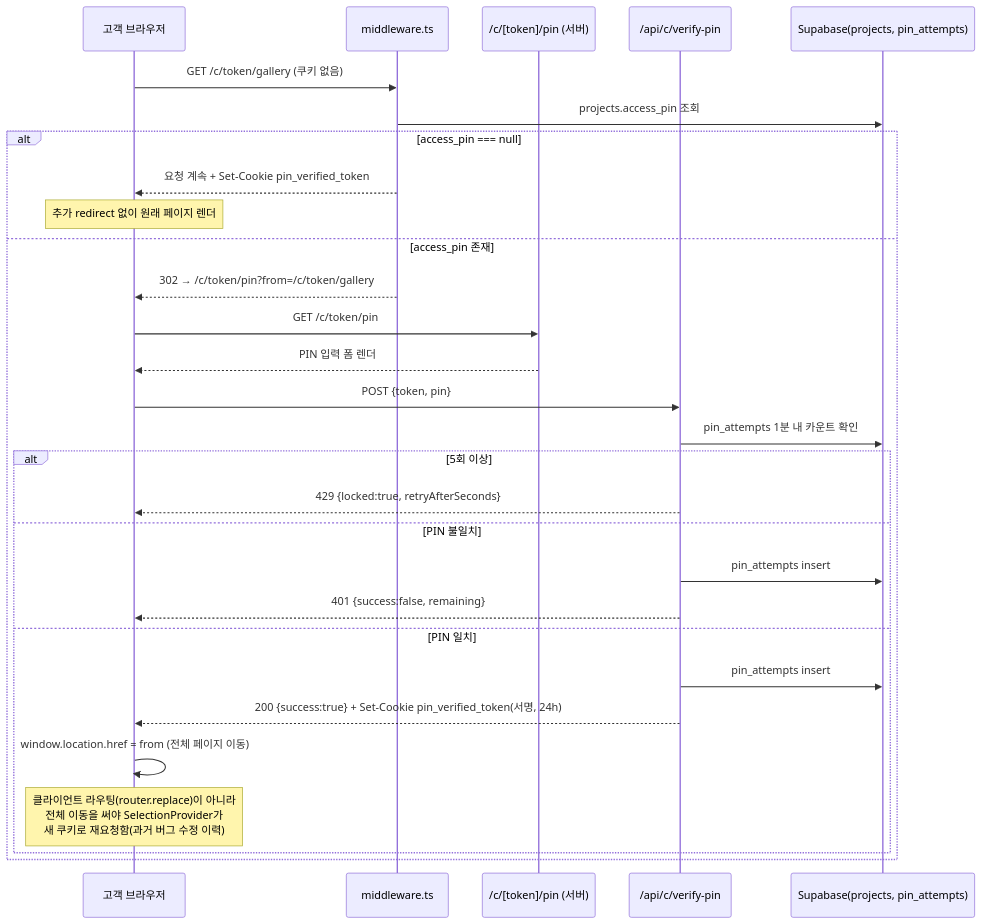
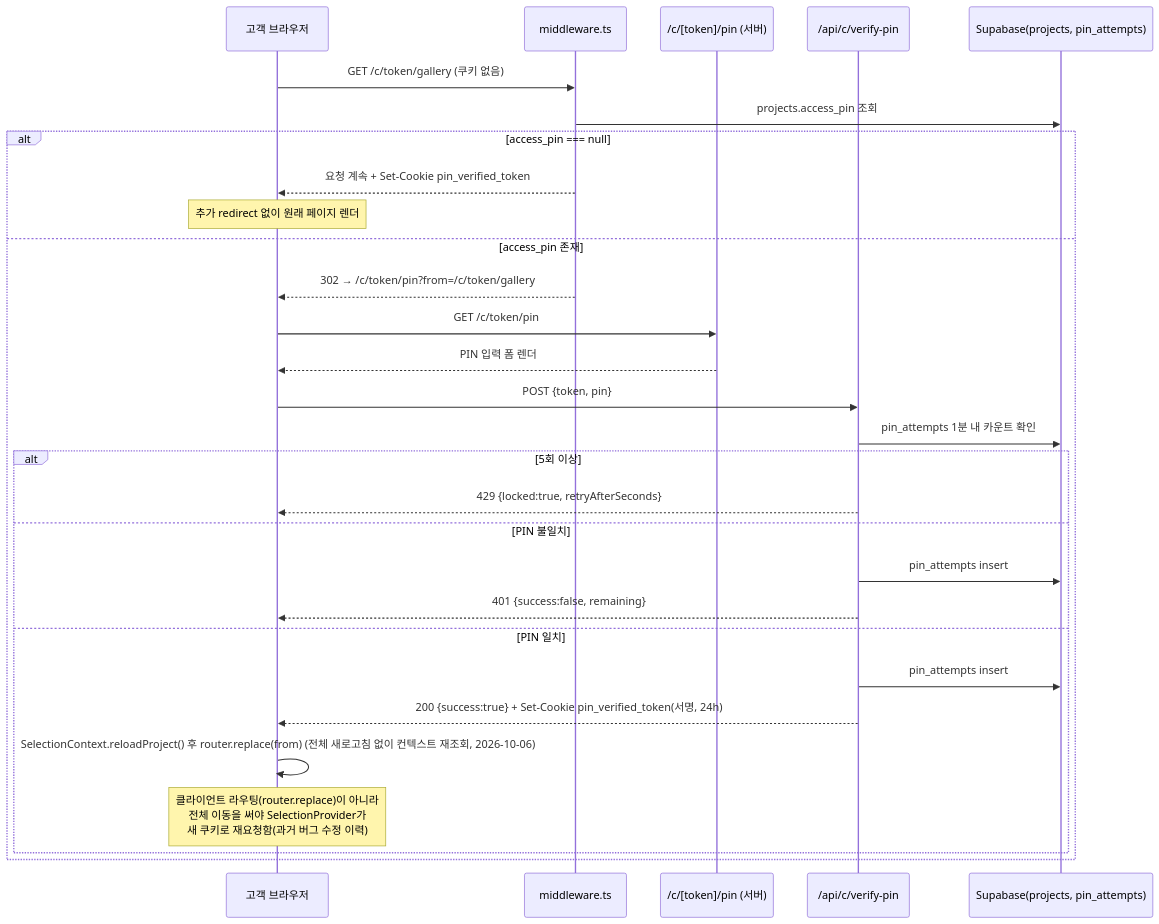
The second of 3 diagrams in docs/architecture.md (iamsonghee/photo-selection-fe), drawn with Mermaid before and after one commit. The commit also changed 37 other files, not shown here.

````diff
--- a/docs/architecture.md
+++ b/docs/architecture.md
@@ -699,32 +699,32 @@
 ```mermaid
 sequenceDiagram
     participant C as 고객 브라우저
     participant MW as middleware.ts
     participant Pin as /c/[token]/pin (서버)
     participant API as /api/c/verify-pin
     participant DB as Supabase(projects, pin_attempts)
 
     C->>MW: GET /c/token/gallery (쿠키 없음)
     MW->>DB: projects.access_pin 조회
     alt access_pin === null
         MW-->>C: 요청 계속 + Set-Cookie pin_verified_token
         Note over C: 추가 redirect 없이 원래 페이지 렌더
     else access_pin 존재
         MW-->>C: 302 → /c/token/pin?from=/c/token/gallery
         C->>Pin: GET /c/token/pin
         Pin-->>C: PIN 입력 폼 렌더
         C->>API: POST {token, pin}
         API->>DB: pin_attempts 1분 내 카운트 확인
         alt 5회 이상
             API-->>C: 429 {locked:true, retryAfterSeconds}
         else PIN 불일치
             API->>DB: pin_attempts insert
             API-->>C: 401 {success:false, remaining}
         else PIN 일치
             API->>DB: pin_attempts insert
             API-->>C: 200 {success:true} + Set-Cookie pin_verified_token(서명, 24h)
-            C->>C: window.location.href = from (전체 페이지 이동)
+            C->>C: SelectionContext.reloadProject() 후 router.replace(from) (전체 새로고침 없이 컨텍스트 재조회, 2026-10-06)
             Note over C: 클라이언트 라우팅(router.replace)이 아니라<br/>전체 이동을 써야 SelectionProvider가<br/>새 쿠키로 재요청함(과거 버그 수정 이력)
         end
     end
 ```
````
